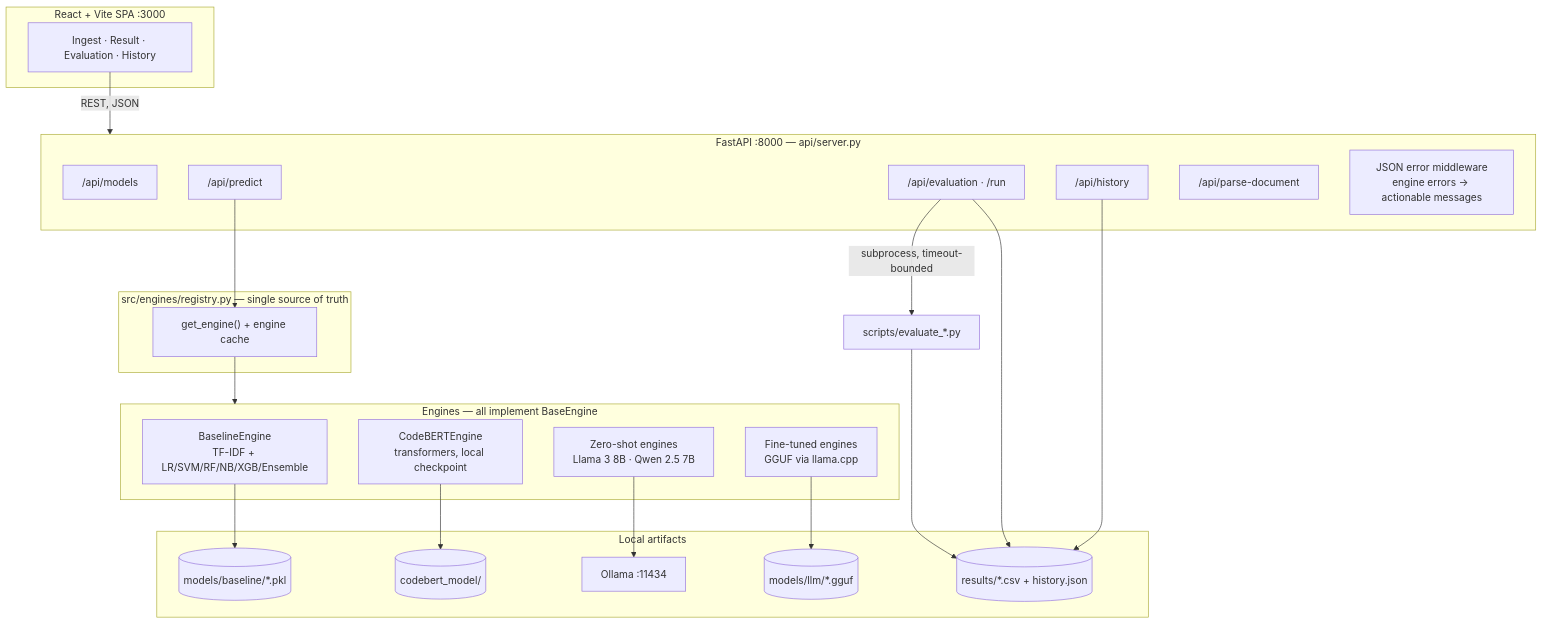
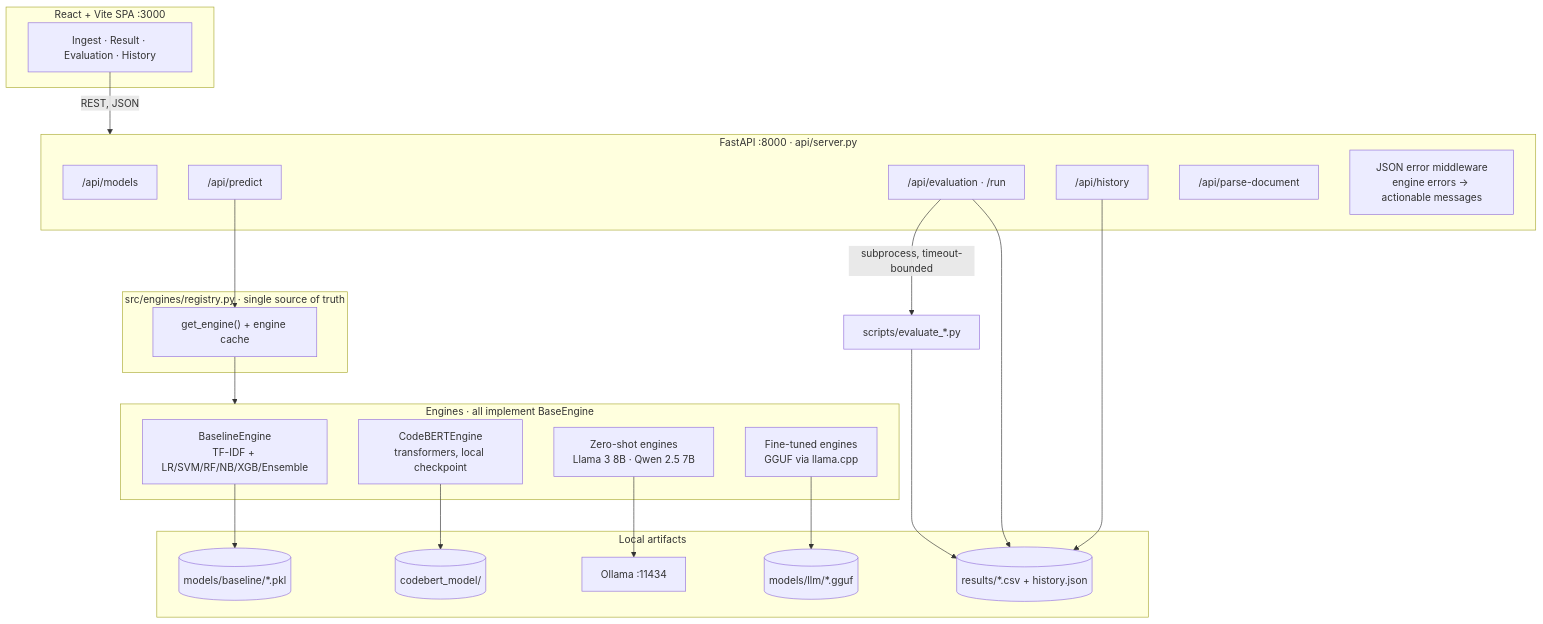
Before and after one commit to asset8k/bug-triage-app: the first of 2 diagrams in README.md, drawn with Mermaid. The commit also changed other lines of this file, not shown here.

````diff
--- a/README.md
+++ b/README.md
@@ -81,45 +80,45 @@
 ```mermaid
 flowchart TB
     subgraph FE["React + Vite SPA :3000"]
         UI["Ingest · Result · Evaluation · History"]
     end
 
-    subgraph API["FastAPI :8000 — api/server.py"]
+    subgraph API["FastAPI :8000 · api/server.py"]
         R1["/api/models"]
         R2["/api/predict"]
         R3["/api/evaluation · /run"]
         R4["/api/history"]
         R5["/api/parse-document"]
         MW["JSON error middleware<br/>engine errors → actionable messages"]
     end
 
-    subgraph REG["src/engines/registry.py — single source of truth"]
+    subgraph REG["src/engines/registry.py · single source of truth"]
         CACHE["get_engine() + engine cache"]
     end
 
-    subgraph ENG["Engines — all implement BaseEngine"]
+    subgraph ENG["Engines · all implement BaseEngine"]
         E1["BaselineEngine<br/>TF-IDF + LR/SVM/RF/NB/XGB/Ensemble"]
         E2["CodeBERTEngine<br/>transformers, local checkpoint"]
         E3["Zero-shot engines<br/>Llama 3 8B · Qwen 2.5 7B"]
         E4["Fine-tuned engines<br/>GGUF via llama.cpp"]
     end
 
     subgraph STORE["Local artifacts"]
         A1[("models/baseline/*.pkl")]
         A2[("codebert_model/")]
         A3["Ollama :11434"]
         A4[("models/llm/*.gguf")]
         A5[("results/*.csv + history.json")]
     end
 
     UI -->|"REST, JSON"| API
     R2 --> CACHE --> ENG
     E1 --> A1
     E2 --> A2
     E3 --> A3
     E4 --> A4
     R3 -->|"subprocess, timeout-bounded"| SCRIPTS["scripts/evaluate_*.py"]
     SCRIPTS --> A5
     R3 --> A5
     R4 --> A5
 ```
````
